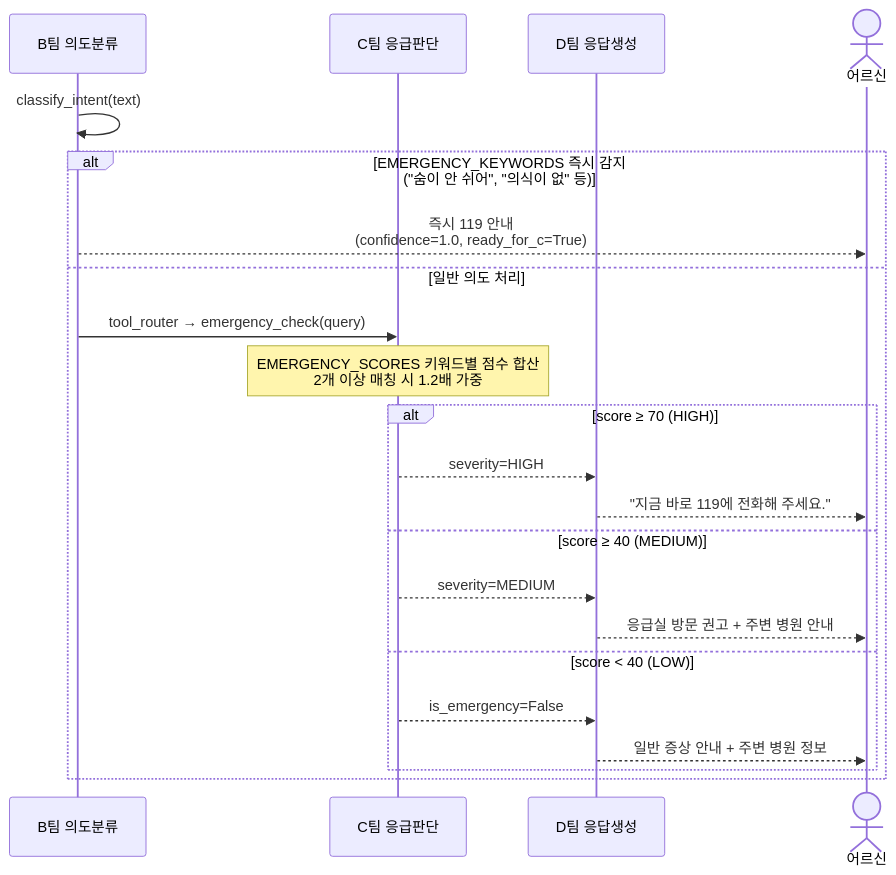
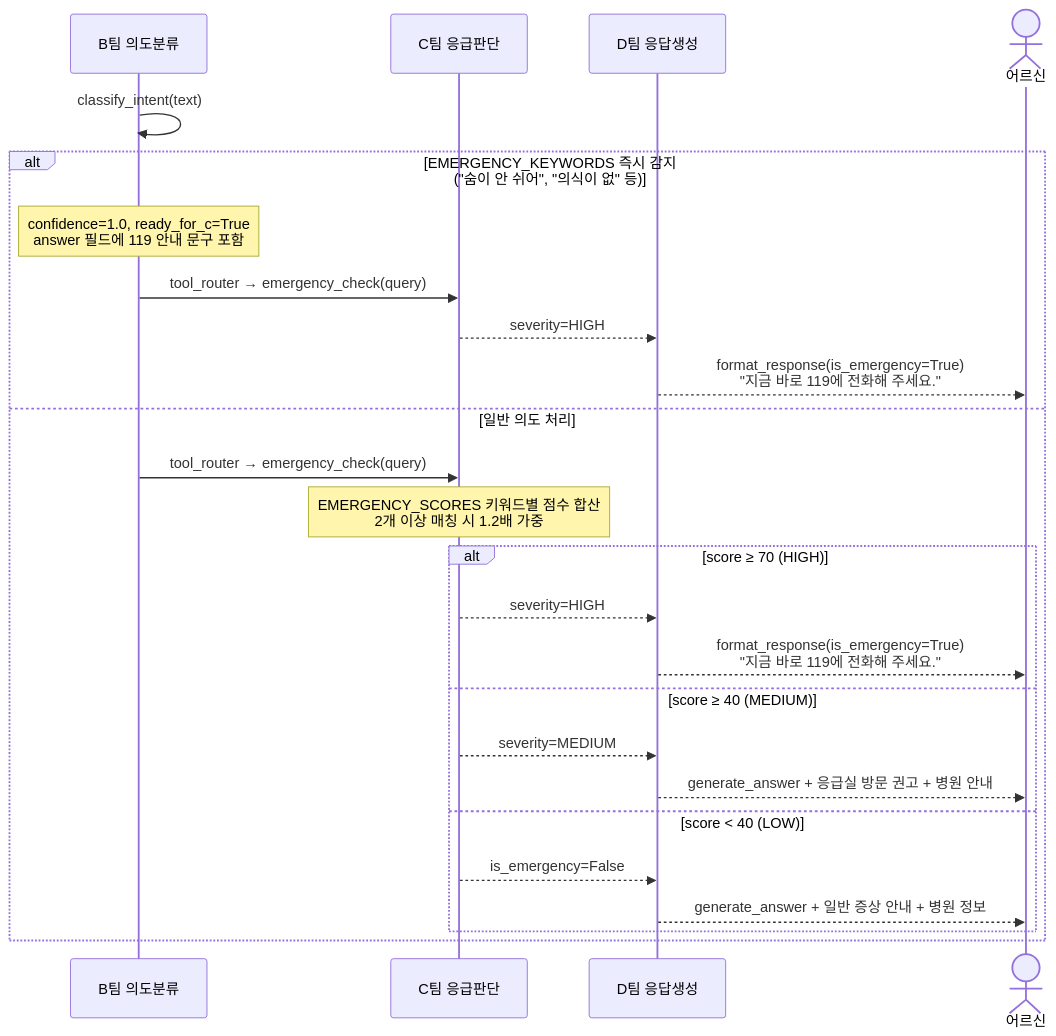
Before and after one commit to lg-hellovision-dx-data-school/LGHelloDoctor: the eighth of 8 diagrams in docs/diagrams.md, drawn with Mermaid. The commit also changed other lines of this file, not shown here.

First line of the commit message:
fix: 다이어그램 오류 수정 (응급 흐름, full_pipeline, ChatResponse)

````diff
--- a/docs/diagrams.md
+++ b/docs/diagrams.md
@@ -264,27 +277,30 @@
 ```mermaid
 sequenceDiagram
     participant B_Intent as B팀 의도분류
     participant C_Emergency as C팀 응급판단
     participant D_Answer as D팀 응답생성
     actor 어르신
 
     B_Intent->>B_Intent: classify_intent(text)
 
     alt EMERGENCY_KEYWORDS 즉시 감지<br/>("숨이 안 쉬어", "의식이 없" 등)
-        B_Intent-->>어르신: 즉시 119 안내<br/>(confidence=1.0, ready_for_c=True)
+        Note over B_Intent: confidence=1.0, ready_for_c=True<br/>answer 필드에 119 안내 문구 포함
+        B_Intent->>C_Emergency: tool_router → emergency_check(query)
+        C_Emergency-->>D_Answer: severity=HIGH
+        D_Answer-->>어르신: format_response(is_emergency=True)<br/>"지금 바로 119에 전화해 주세요."
     else 일반 의도 처리
         B_Intent->>C_Emergency: tool_router → emergency_check(query)
         Note over C_Emergency: EMERGENCY_SCORES 키워드별 점수 합산<br/>2개 이상 매칭 시 1.2배 가중
 
         alt score ≥ 70 (HIGH)
             C_Emergency-->>D_Answer: severity=HIGH
-            D_Answer-->>어르신: "지금 바로 119에 전화해 주세요."
+            D_Answer-->>어르신: format_response(is_emergency=True)<br/>"지금 바로 119에 전화해 주세요."
         else score ≥ 40 (MEDIUM)
             C_Emergency-->>D_Answer: severity=MEDIUM
-            D_Answer-->>어르신: 응급실 방문 권고 + 주변 병원 안내
+            D_Answer-->>어르신: generate_answer + 응급실 방문 권고 + 병원 안내
         else score < 40 (LOW)
             C_Emergency-->>D_Answer: is_emergency=False
-            D_Answer-->>어르신: 일반 증상 안내 + 주변 병원 정보
+            D_Answer-->>어르신: generate_answer + 일반 증상 안내 + 병원 정보
         end
     end
 ```
````
